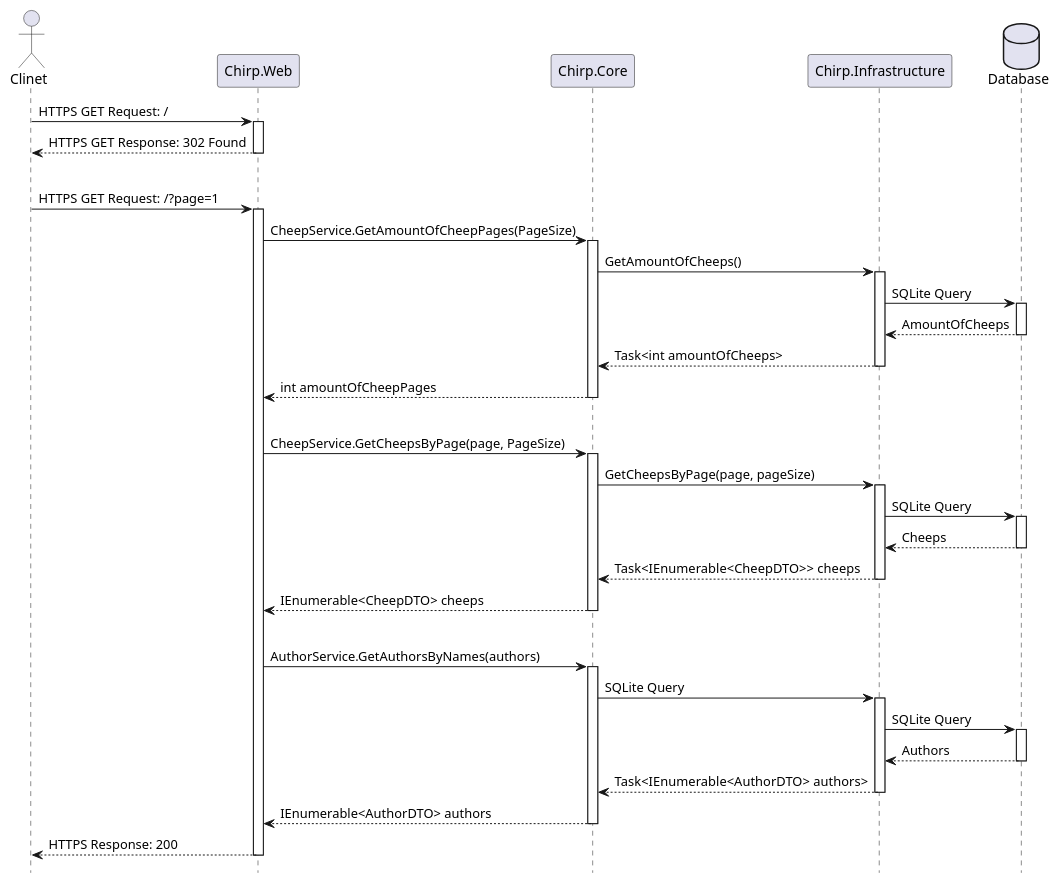
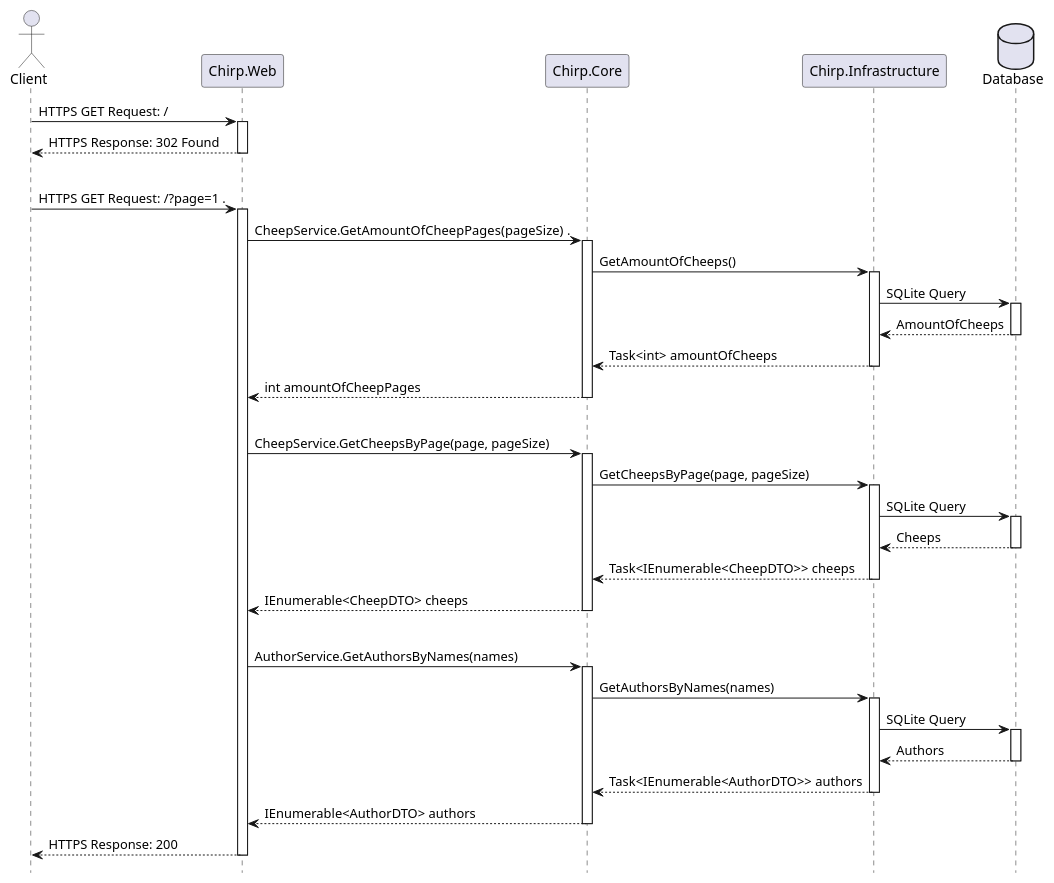
Before and after one commit to ITU-BDSA2024-GROUP10/Chirp: the diagram in docs/models/Sequence/plantuml_export.puml, drawn with PlantUML. The commit also changed 1 other file, not shown here.

Commit message:
Updated Diagram

```diff
--- a/docs/models/Sequence/plantuml_export.puml
+++ b/docs/models/Sequence/plantuml_export.puml
@@ -1,52 +1,52 @@
 @startuml
 
 'skin rose
 
 'This can hide the boxes at the bottom
 hide footbox
 
-actor Clinet as Clinet
+actor Client as Client
 participant Chirp.Web as Web
 participant Chirp.Core as Core
 participant Chirp.Infrastructure as Infrastructure
 database Database as Database
 
 'Redirects from / to /?page=1
-Clinet -> Web ++ : HTTPS GET Request: /
-return HTTPS GET Response: 302 Found
+Client -> Web ++ : HTTPS GET Request: /
+return HTTPS Response: 302 Found
 
 ||||
 
-Clinet -> Web ++ : HTTPS GET Request: /?page=1
+Client -> Web ++ : HTTPS GET Request: /?page=1 .
 
 'Get amount of pages for pagebuttons
-  Web -> Core ++ : CheepService.GetAmountOfCheepPages(PageSize)
+  Web -> Core ++ : CheepService.GetAmountOfCheepPages(pageSize)  .
     Core -> Infrastructure ++ : GetAmountOfCheeps()
       Infrastructure -> Database ++ : SQLite Query
       return AmountOfCheeps
-    return Task<int amountOfCheeps>
+    return Task<int> amountOfCheeps
   return int amountOfCheepPages
 
 ||||
 
 'Get cheeps from current page
-  Web -> Core ++ : CheepService.GetCheepsByPage(page, PageSize)
+  Web -> Core ++ : CheepService.GetCheepsByPage(page, pageSize)
     Core -> Infrastructure ++ : GetCheepsByPage(page, pageSize)
       Infrastructure -> Database ++ : SQLite Query
       return Cheeps
     return Task<IEnumerable<CheepDTO>> cheeps
   return IEnumerable<CheepDTO> cheeps
 
 ||||
 
 'Get authors to get profile images 
-  Web -> Core ++ : AuthorService.GetAuthorsByNames(authors)
-    Core -> Infrastructure ++ : SQLite Query
+  Web -> Core ++ : AuthorService.GetAuthorsByNames(names)
+    Core -> Infrastructure ++ : GetAuthorsByNames(names)
       Infrastructure -> Database ++ : SQLite Query
       return Authors
-    return Task<IEnumerable<AuthorDTO> authors>
+    return Task<IEnumerable<AuthorDTO>> authors
   return IEnumerable<AuthorDTO> authors
 
 return HTTPS Response: 200
 
 @enduml
```
